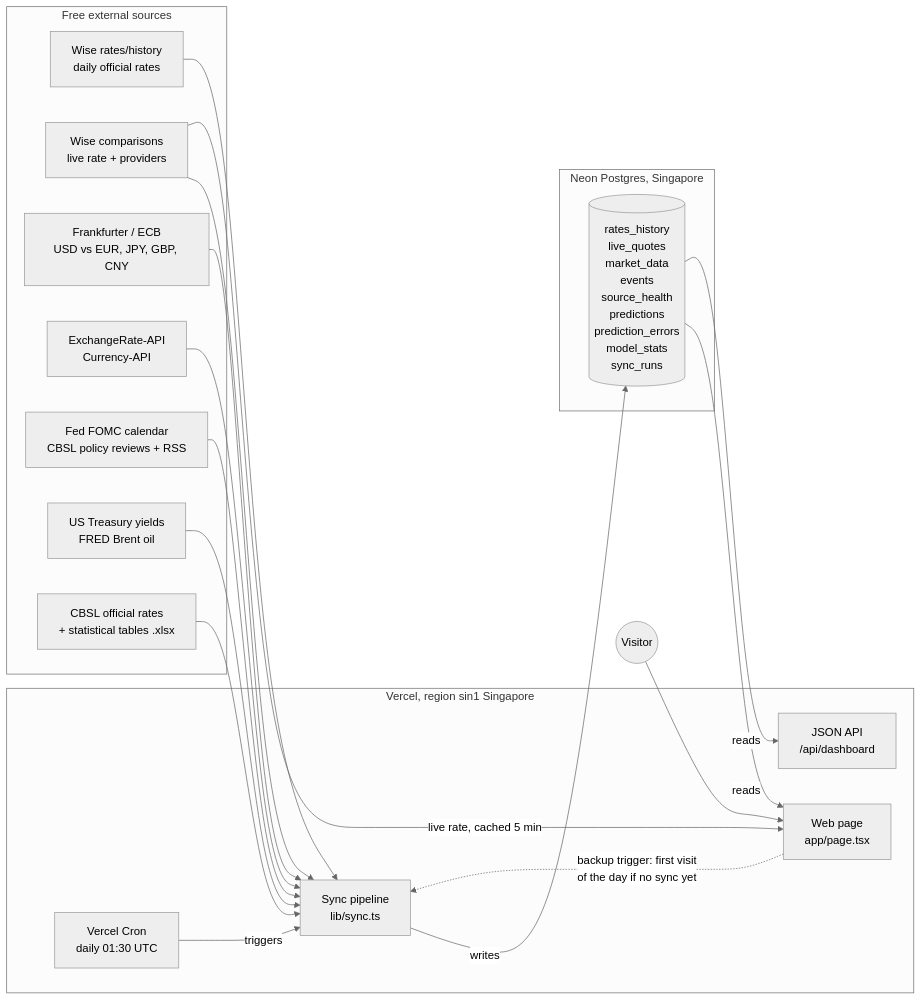
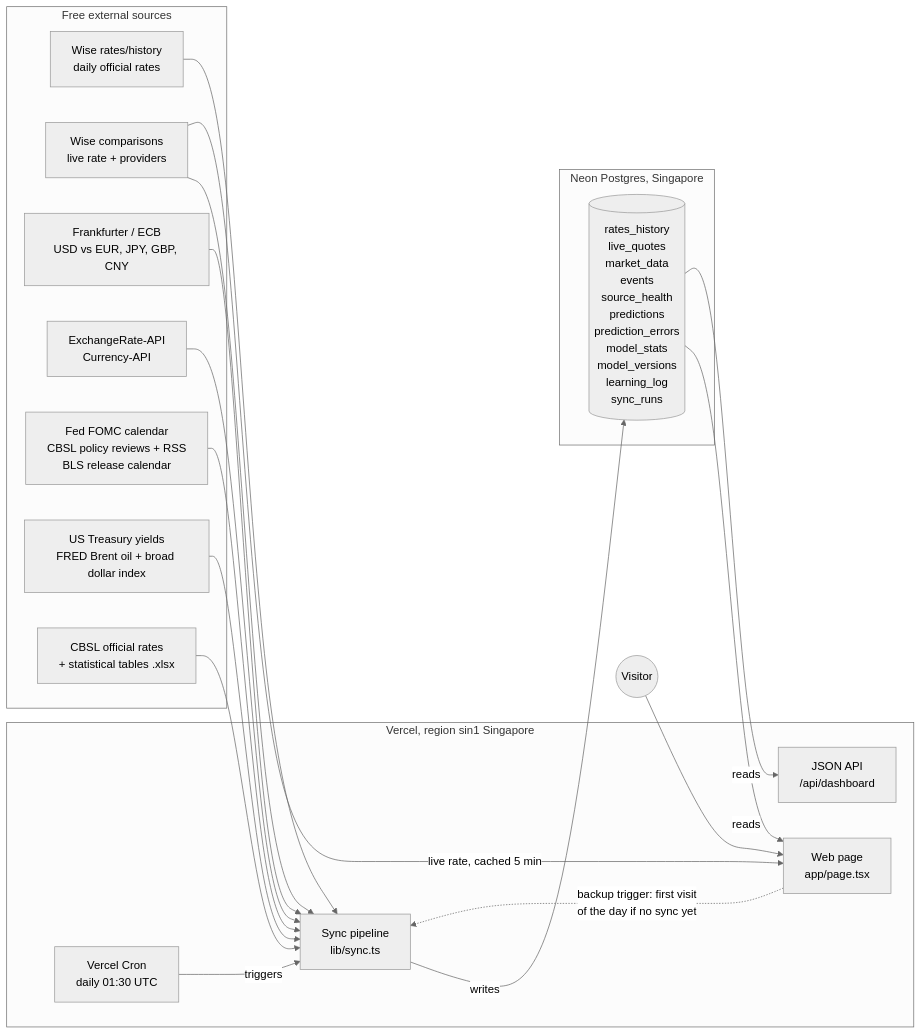
Before and after one commit to osandadeshan/ratecast: the first of 7 diagrams in README.md, drawn with Mermaid (neutral theme). The commit also changed other lines of this file and 17 other files, not shown here.

Commit message:
Docs match the code: sync steps, schema columns, health ids, fetch windows, band and event formulas, gate wording, card order and copy, test count, row budget, env vars, skills; stale schema and gate comments in db.ts and learning.ts

````diff
--- a/README.md
+++ b/README.md
@@ -62,38 +62,38 @@
 ```mermaid
 flowchart LR
     subgraph Sources["Free external sources"]
         W1["Wise rates/history<br/>daily official rates"]
         W2["Wise comparisons<br/>live rate + providers"]
         F["Frankfurter / ECB<br/>USD vs EUR, JPY, GBP, CNY"]
         X["ExchangeRate-API<br/>Currency-API"]
-        EV["Fed FOMC calendar<br/>CBSL policy reviews + RSS"]
-        MF["US Treasury yields<br/>FRED Brent oil"]
+        EV["Fed FOMC calendar<br/>CBSL policy reviews + RSS<br/>BLS release calendar"]
+        MF["US Treasury yields<br/>FRED Brent oil + broad dollar index"]
         LK["CBSL official rates<br/>+ statistical tables .xlsx"]
     end
 
     subgraph Vercel["Vercel, region sin1 Singapore"]
         C["Vercel Cron<br/>daily 01:30 UTC"]
         S["Sync pipeline<br/>lib/sync.ts"]
         P["Web page<br/>app/page.tsx"]
         A["JSON API<br/>/api/dashboard"]
     end
 
     subgraph Neon["Neon Postgres, Singapore"]
-        DB[("rates_history<br/>live_quotes<br/>market_data<br/>events<br/>source_health<br/>predictions<br/>prediction_errors<br/>model_stats<br/>sync_runs")]
+        DB[("rates_history<br/>live_quotes<br/>market_data<br/>events<br/>source_health<br/>predictions<br/>prediction_errors<br/>model_stats<br/>model_versions<br/>learning_log<br/>sync_runs")]
     end
 
     C -->|triggers| S
     P -.->|"backup trigger: first visit<br/>of the day if no sync yet"| S
     W1 --> S
     W2 --> S
     F --> S
     X --> S
     EV --> S
     MF --> S
     LK --> S
     S -->|writes| DB
     DB -->|reads| P
     DB -->|reads| A
     W2 -->|"live rate, cached 5 min"| P
     U(("Visitor")) --> P
 ```
````
